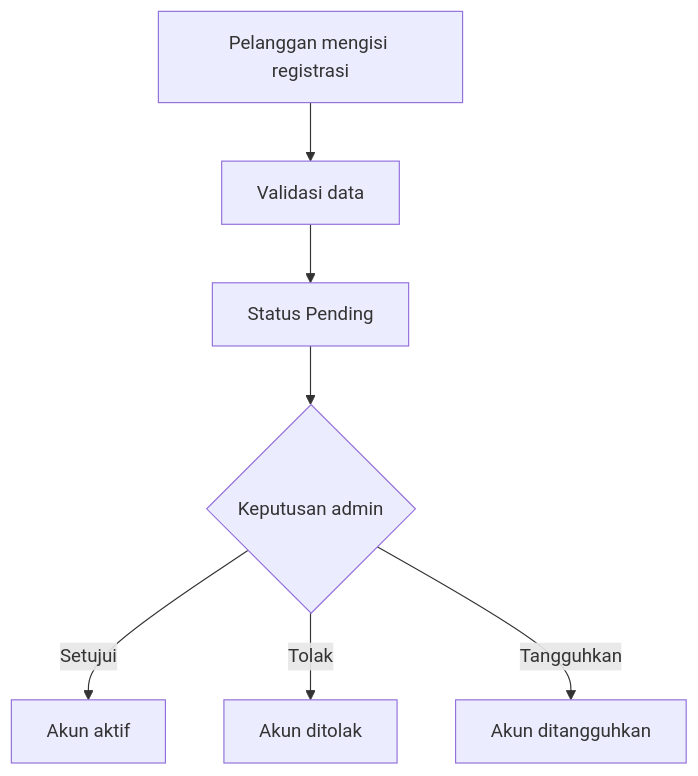
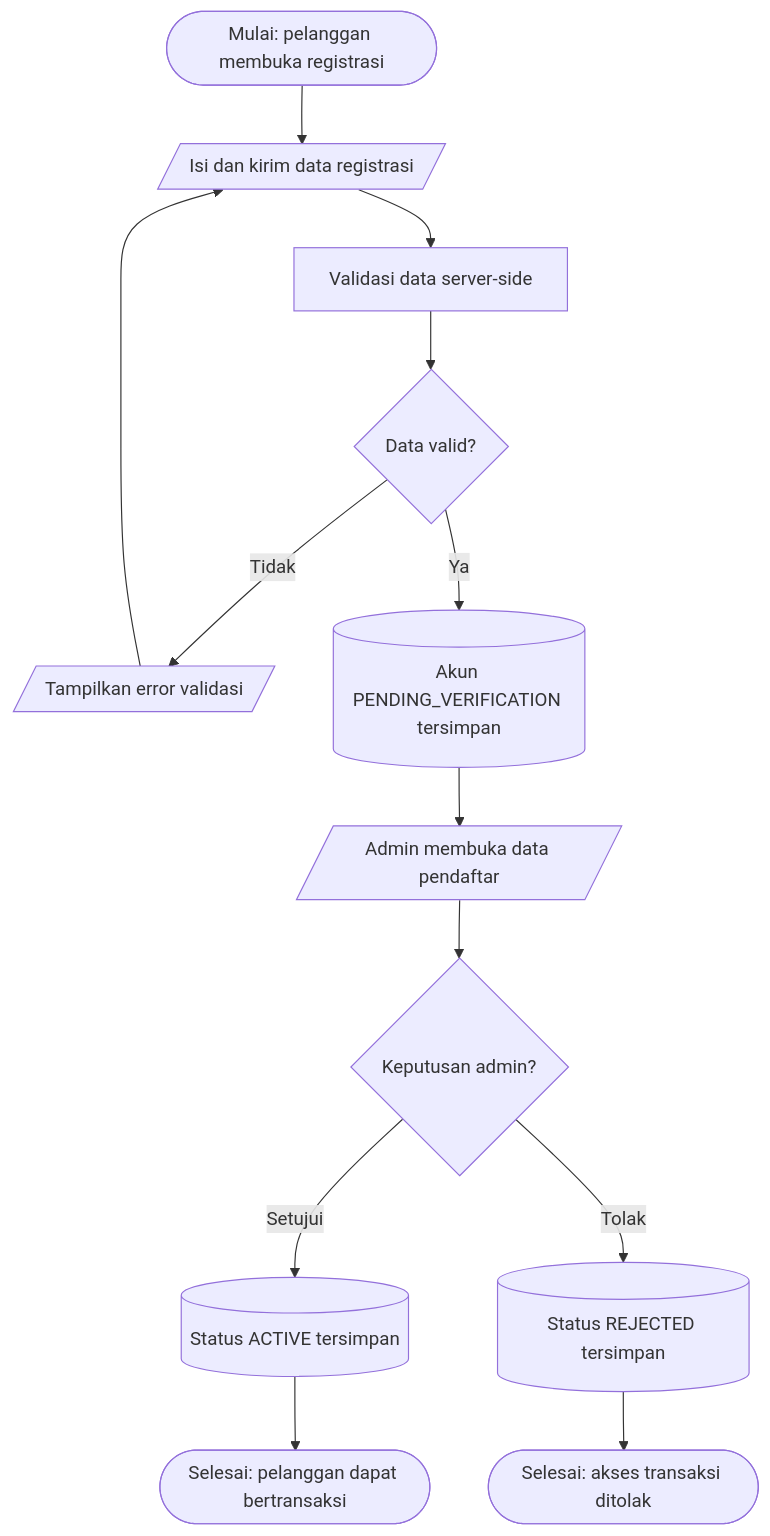
One commit to Webekspres/pixel-komunika changed the second of 4 diagrams in docs/requirements/BRD.md. Above: the diagram before and after it, drawn with Mermaid. The commit also changed other lines of this file and 1 other file, not shown here.

Commit message:
docs: close resolved questions and standardize flows

````diff
--- a/docs/requirements/BRD.md
+++ b/docs/requirements/BRD.md
@@ -303,9 +328,15 @@
 ```mermaid
 flowchart TD
-    A[Pelanggan mengisi registrasi] --> B[Validasi data]
-    B --> C[Status Pending]
-    C --> D{Keputusan admin}
-    D -->|Setujui| E[Akun aktif]
-    D -->|Tolak| F[Akun ditolak]
-    D -->|Tangguhkan| G[Akun ditangguhkan]
+    A(["Mulai: pelanggan membuka registrasi"]) --> B[/"Isi dan kirim data registrasi"/]
+    B --> C["Validasi data server-side"]
+    C --> D{"Data valid?"}
+    D -->|Tidak| E[/"Tampilkan error validasi"/]
+    E --> B
+    D -->|Ya| F[("Akun PENDING_VERIFICATION tersimpan")]
+    F --> G[/"Admin membuka data pendaftar"/]
+    G --> H{"Keputusan admin?"}
+    H -->|Setujui| I[("Status ACTIVE tersimpan")]
+    H -->|Tolak| J[("Status REJECTED tersimpan")]
+    I --> K(["Selesai: pelanggan dapat bertransaksi"])
+    J --> L(["Selesai: akses transaksi ditolak"])
 ```
````
